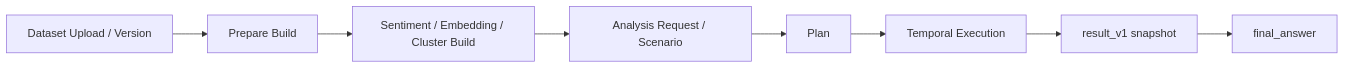
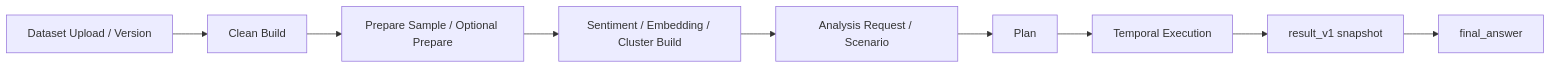
Before and after one commit to squirrelabbit/analysis-agent-platform: the diagram in README.md, drawn with Mermaid. The commit also changed other lines of this file and 9 other files, not shown here.

````diff
--- a/README.md
+++ b/README.md
@@ -15,10 +15,11 @@
 ```mermaid
 flowchart LR
-    A["Dataset Upload / Version"] --> B["Prepare Build"]
-    B --> C["Sentiment / Embedding / Cluster Build"]
-    C --> D["Analysis Request / Scenario"]
-    D --> E["Plan"]
-    E --> F["Temporal Execution"]
-    F --> G["result_v1 snapshot"]
-    G --> H["final_answer"]
+    A["Dataset Upload / Version"] --> B["Clean Build"]
+    B --> C["Prepare Sample / Optional Prepare"]
+    C --> D["Sentiment / Embedding / Cluster Build"]
+    D --> E["Analysis Request / Scenario"]
+    E --> F["Plan"]
+    F --> G["Temporal Execution"]
+    G --> H["result_v1 snapshot"]
+    H --> I["final_answer"]
 ```
````
